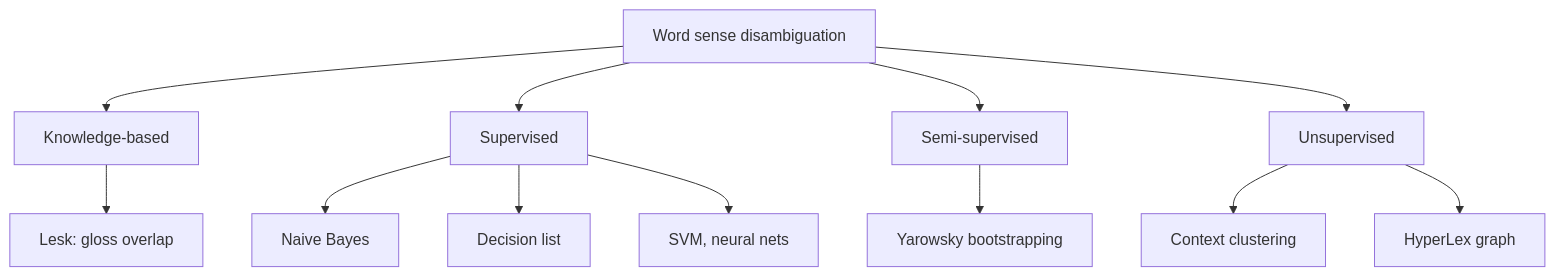
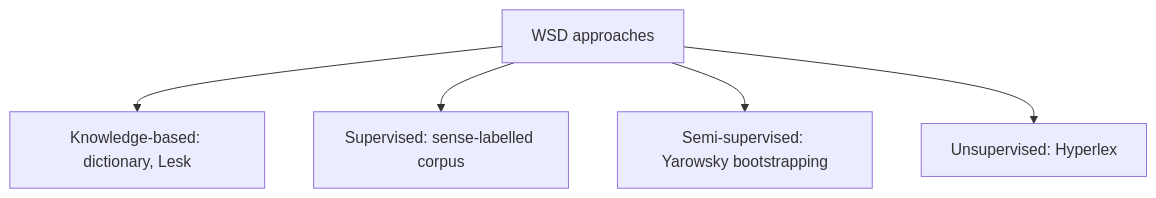
Before and after one commit to TrendySloth1001/sem-seven-notes: the second of 6 diagrams in content/natural-language-processing/notes/word-sense-disambiguation.mdx, drawn with Mermaid. The commit also changed other lines of this file and 406 other files, not shown here.

Commit message:
Rewrite all NLP notes and answers from the teachers' class files and add both class assignments with solutions. They cite only the class notes, solved PYQs, assignment solution and Module 6 slides, use 67 class figures, and drop the web references and Wikimedia images.

````diff
--- a/content/natural-language-processing/notes/word-sense-disambiguation.mdx
+++ b/content/natural-language-processing/notes/word-sense-disambiguation.mdx
@@ -90,15 +47,8 @@
 ```mermaid
-%% caption: Four families of WSD methods, grouped by what knowledge they use. Knowledge-based methods use a dictionary, supervised methods use sense-tagged text, semi-supervised methods start from a few tagged examples, and unsupervised methods use only raw text.
+%% caption: The approaches to WSD. The class files cover the knowledge-based and the semi-supervised ones.
 flowchart TD
-  W["Word sense disambiguation"] --> K["Knowledge-based"]
-  W --> S["Supervised"]
-  W --> SS["Semi-supervised"]
-  W --> U["Unsupervised"]
-  K --> K1["Lesk: gloss overlap"]
-  S --> S1["Naive Bayes"]
-  S --> S2["Decision list"]
-  S --> S3["SVM, neural nets"]
-  SS --> SS1["Yarowsky bootstrapping"]
-  U --> U1["Context clustering"]
-  U --> U2["HyperLex graph"]
+  A["WSD approaches"] --> B["Knowledge-based: dictionary, Lesk"]
+  A --> C["Supervised: sense-labelled corpus"]
+  A --> D["Semi-supervised: Yarowsky bootstrapping"]
+  A --> E["Unsupervised: Hyperlex"]
 ```
````
